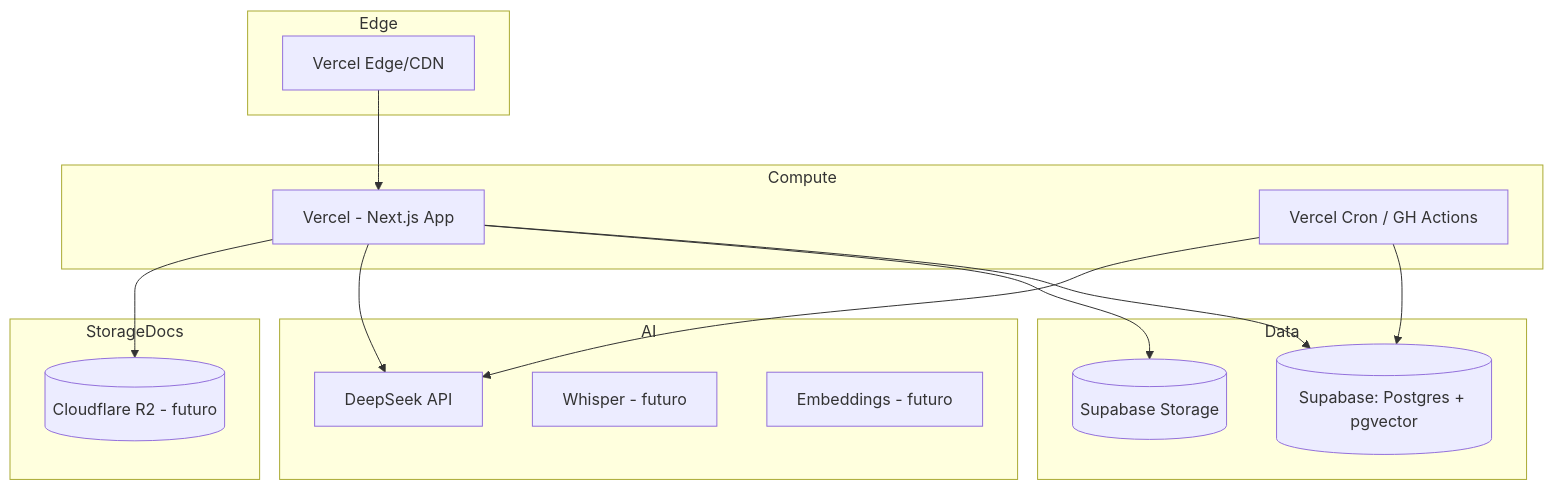
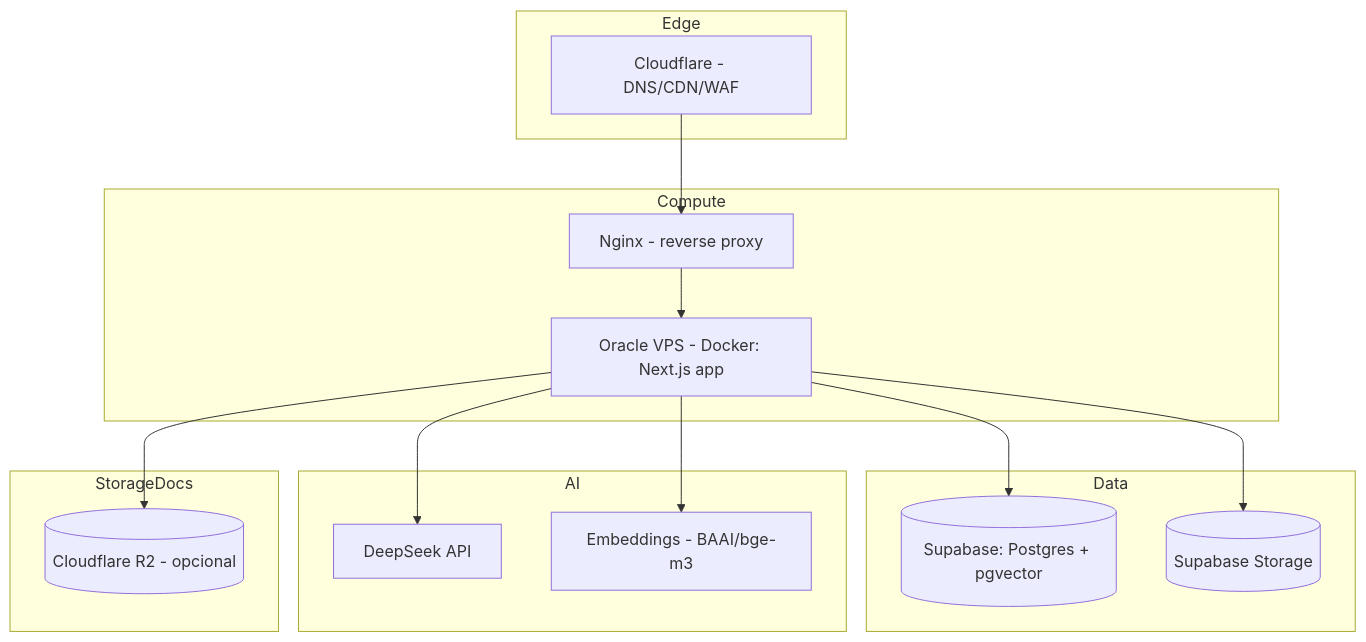
One commit to becotoyplataforma-lab/plataformadeestudo changed the diagram in docs/09-INFRASTRUCTURE.md. Above: the diagram before and after it, drawn with Mermaid. The commit also changed other lines of this file and 64 other files, not shown here.

Commit message:
fix: resolve critical schema security and webhook issues

````diff
--- a/docs/09-INFRASTRUCTURE.md
+++ b/docs/09-INFRASTRUCTURE.md
@@ -11,30 +11,28 @@
 ```mermaid
 flowchart TB
     subgraph Edge
-        CDN[Vercel Edge/CDN]
+        CF[Cloudflare - DNS/CDN/WAF]
     end
     subgraph Compute
-        V[Vercel - Next.js App]
-        C[Vercel Cron / GH Actions]
+        NG[Nginx - reverse proxy]
+        V[Oracle VPS - Docker: Next.js app]
     end
     subgraph Data
         SB[(Supabase: Postgres + pgvector)]
         ST[(Supabase Storage)]
     end
     subgraph AI
         DS[DeepSeek API]
-        WH[Whisper - futuro]
-        EMB[Embeddings - futuro]
+        EMB[Embeddings - BAAI/bge-m3]
     end
     subgraph StorageDocs
-        R2[(Cloudflare R2 - futuro)]
+        R2[(Cloudflare R2 - opcional)]
     end
 
-    CDN --> V
+    CF --> NG --> V
     V --> SB
     V --> ST
     V --> DS
+    V --> EMB
     V --> R2
-    C --> SB
-    C --> DS
 ```
````
